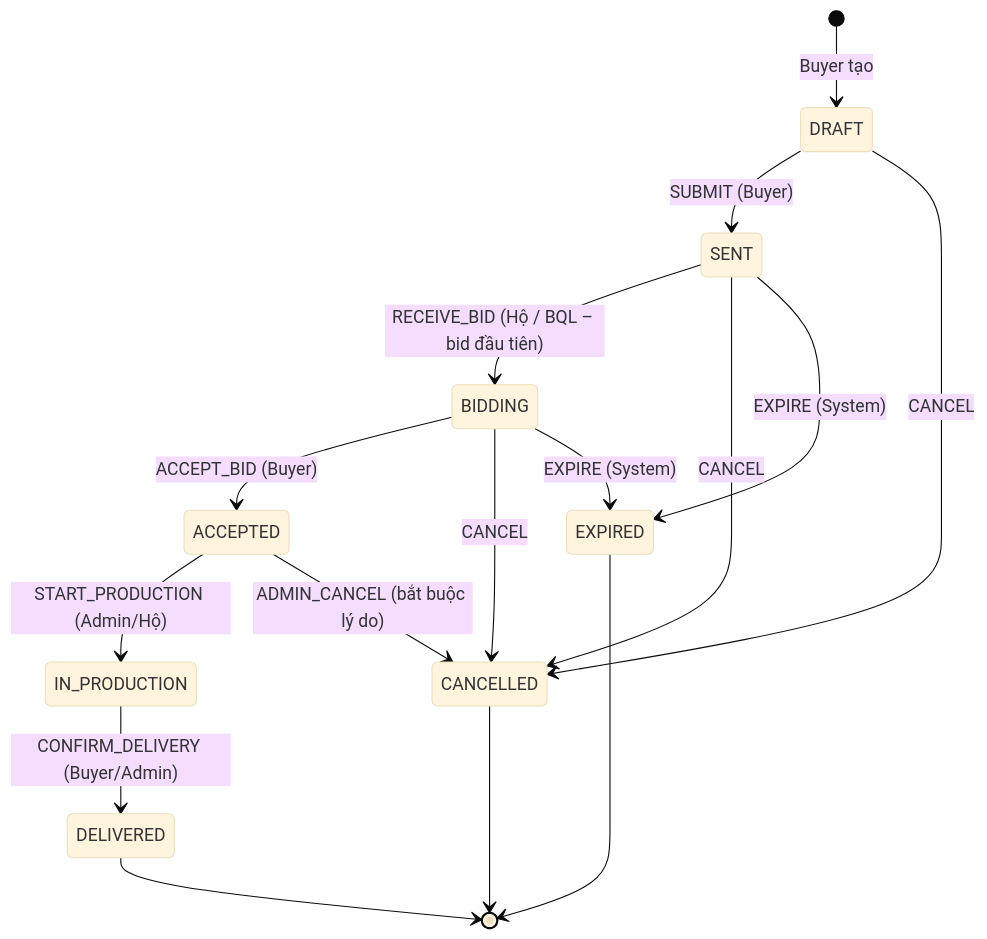
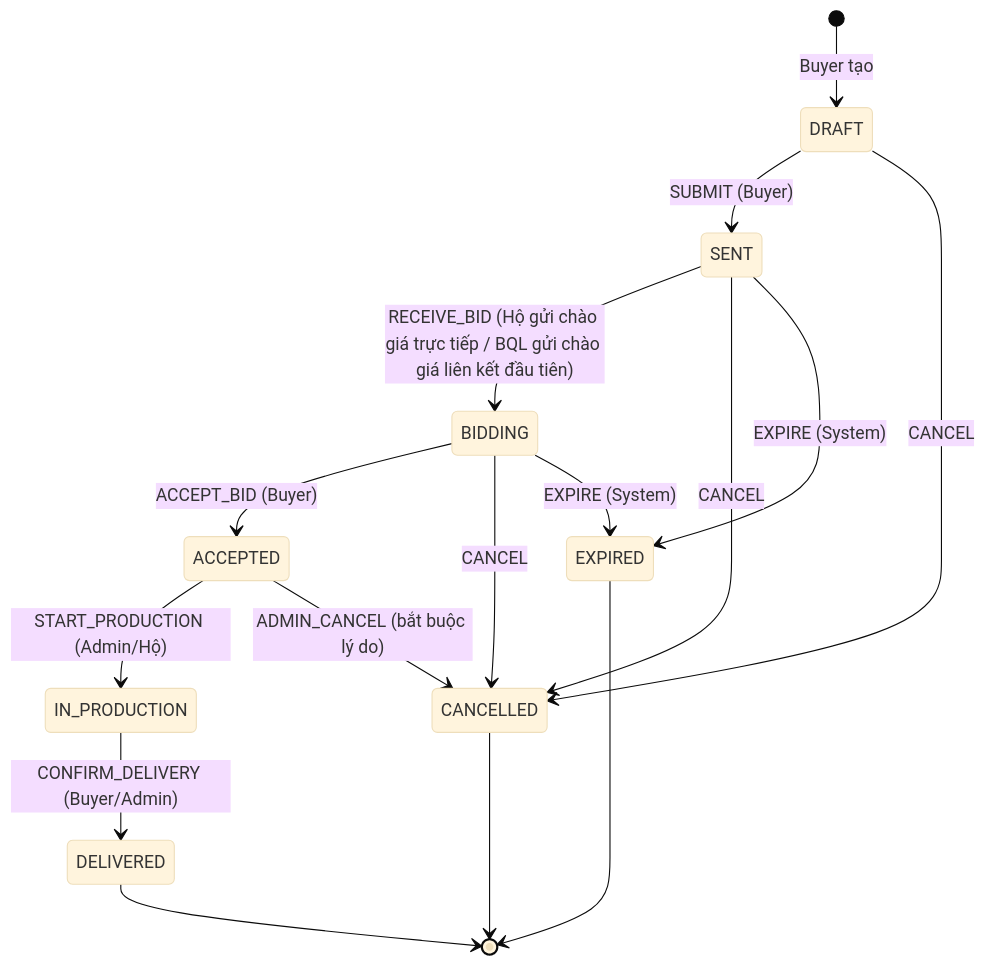
One commit to DienHung05/vCRAFT changed the first of 2 diagrams in docs/SRS.md. Above: the diagram before and after it, drawn with Mermaid (base theme). The commit also changed other lines of this file and 1 other file, not shown here.

````diff
--- a/docs/SRS.md
+++ b/docs/SRS.md
@@ -289,18 +298,18 @@
 ```mermaid
 stateDiagram-v2
     [*] --> DRAFT : Buyer tạo
     DRAFT --> SENT : SUBMIT (Buyer)
-    SENT --> BIDDING : RECEIVE_BID (Hộ / BQL – bid đầu tiên)
+    SENT --> BIDDING : RECEIVE_BID (Hộ gửi chào giá trực tiếp / BQL gửi chào giá liên kết đầu tiên)
     BIDDING --> ACCEPTED : ACCEPT_BID (Buyer)
     ACCEPTED --> IN_PRODUCTION : START_PRODUCTION (Admin/Hộ)
     IN_PRODUCTION --> DELIVERED : CONFIRM_DELIVERY (Buyer/Admin)
     DRAFT --> CANCELLED : CANCEL
     SENT --> CANCELLED : CANCEL
     BIDDING --> CANCELLED : CANCEL
     ACCEPTED --> CANCELLED : ADMIN_CANCEL (bắt buộc lý do)
     SENT --> EXPIRED : EXPIRE (System)
     BIDDING --> EXPIRED : EXPIRE (System)
     DELIVERED --> [*]
     CANCELLED --> [*]
     EXPIRED --> [*]
 ```
````
